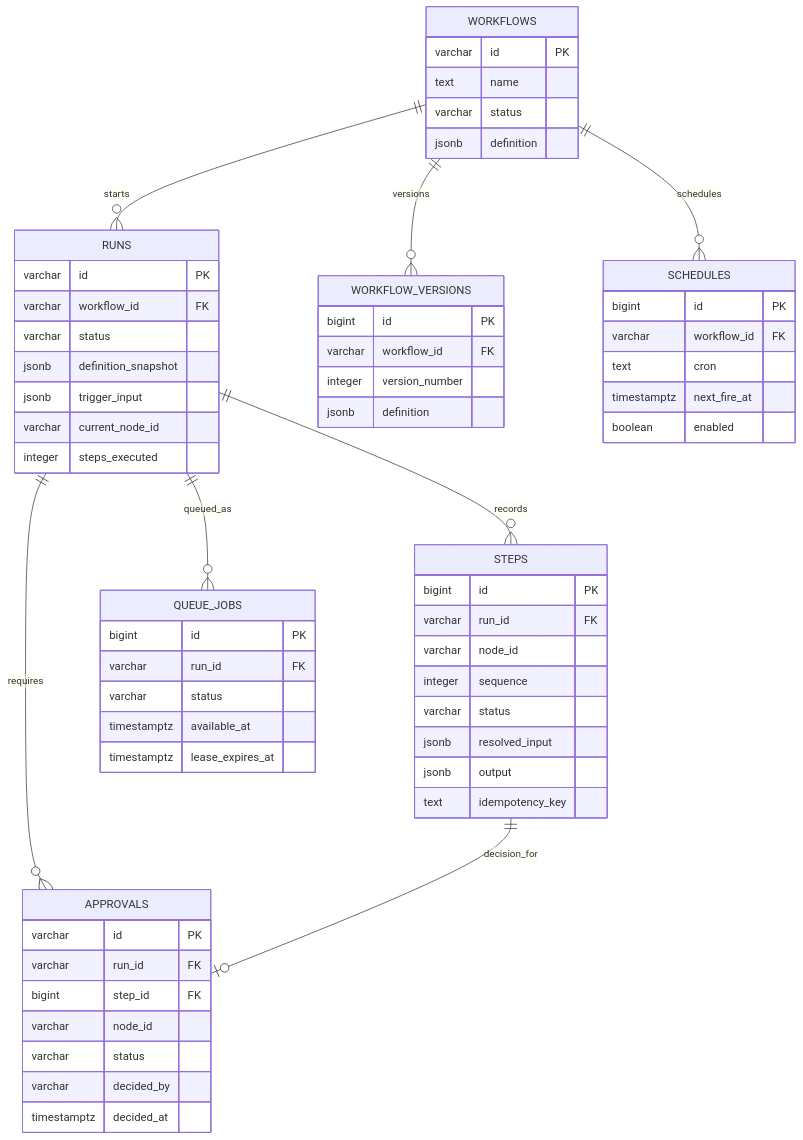
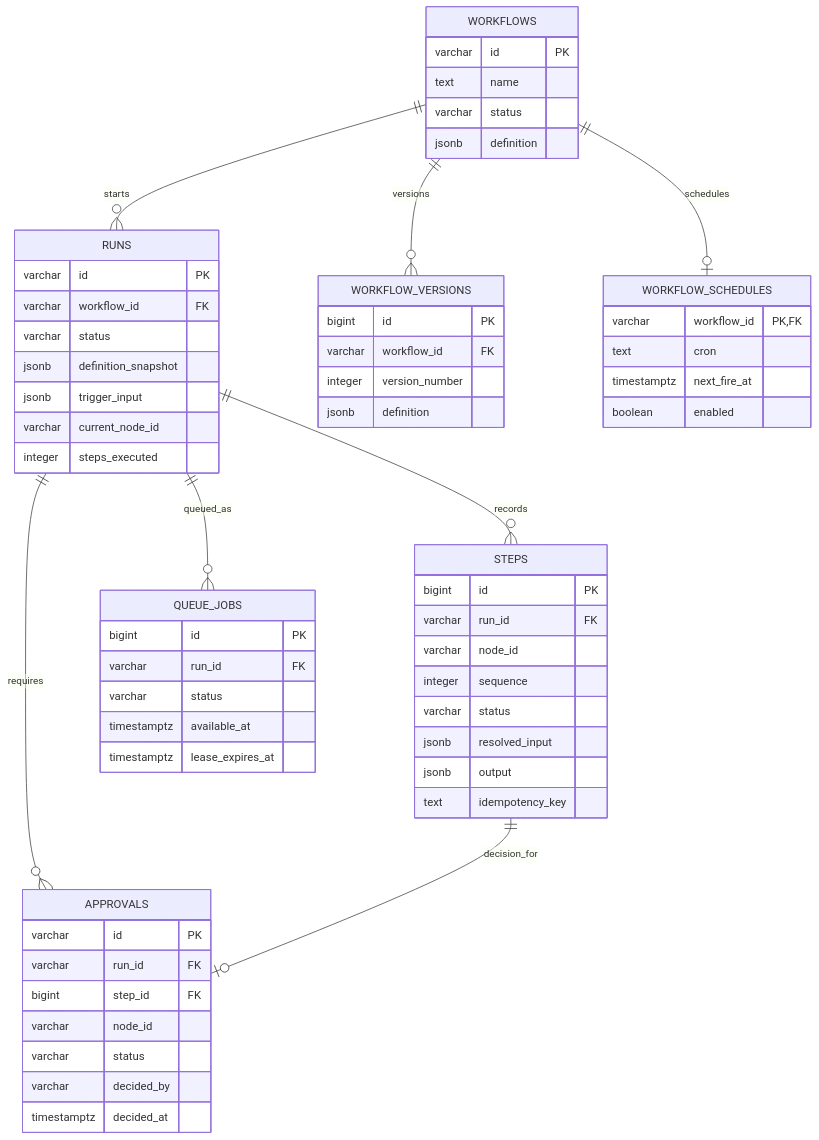
One commit to Ashkin-Fino/RelayFlow changed the diagram in docs/DATABASE_SCHEMA.md. Above: the diagram before and after it, drawn with Mermaid. The commit also changed other lines of this file and 16 other files, not shown here.

````diff
--- a/docs/DATABASE_SCHEMA.md
+++ b/docs/DATABASE_SCHEMA.md
@@ -98,64 +98,63 @@
 ```mermaid
 erDiagram
     WORKFLOWS ||--o{ RUNS : starts
     WORKFLOWS ||--o{ WORKFLOW_VERSIONS : versions
-    WORKFLOWS ||--o{ SCHEDULES : schedules
+    WORKFLOWS ||--o| WORKFLOW_SCHEDULES : schedules
     RUNS ||--o{ STEPS : records
     RUNS ||--o{ APPROVALS : requires
     RUNS ||--o{ QUEUE_JOBS : queued_as
     STEPS ||--o| APPROVALS : decision_for
     WORKFLOWS {
       varchar id PK
       text name
       varchar status
       jsonb definition
     }
     RUNS {
       varchar id PK
       varchar workflow_id FK
       varchar status
       jsonb definition_snapshot
       jsonb trigger_input
       varchar current_node_id
       integer steps_executed
     }
     STEPS {
       bigint id PK
       varchar run_id FK
       varchar node_id
       integer sequence
       varchar status
       jsonb resolved_input
       jsonb output
       text idempotency_key
     }
     APPROVALS {
       varchar id PK
       varchar run_id FK
       bigint step_id FK
       varchar node_id
       varchar status
       varchar decided_by
       timestamptz decided_at
     }
     QUEUE_JOBS {
       bigint id PK
       varchar run_id FK
       varchar status
       timestamptz available_at
       timestamptz lease_expires_at
     }
     WORKFLOW_VERSIONS {
       bigint id PK
       varchar workflow_id FK
       integer version_number
       jsonb definition
     }
-    SCHEDULES {
-      bigint id PK
-      varchar workflow_id FK
+    WORKFLOW_SCHEDULES {
+      varchar workflow_id PK, FK
       text cron
       timestamptz next_fire_at
       boolean enabled
     }
 ```
````
